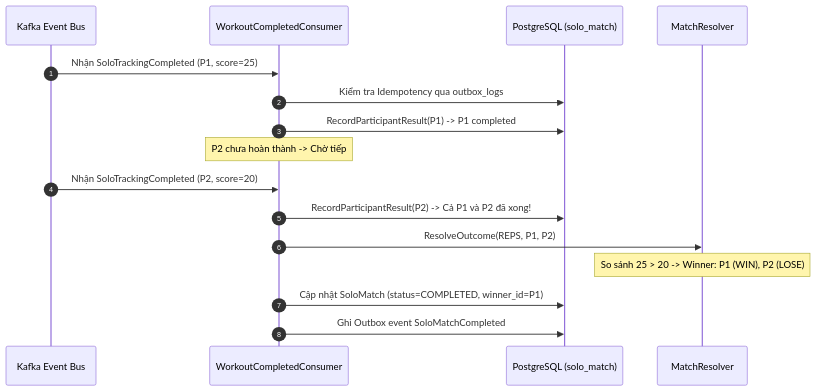
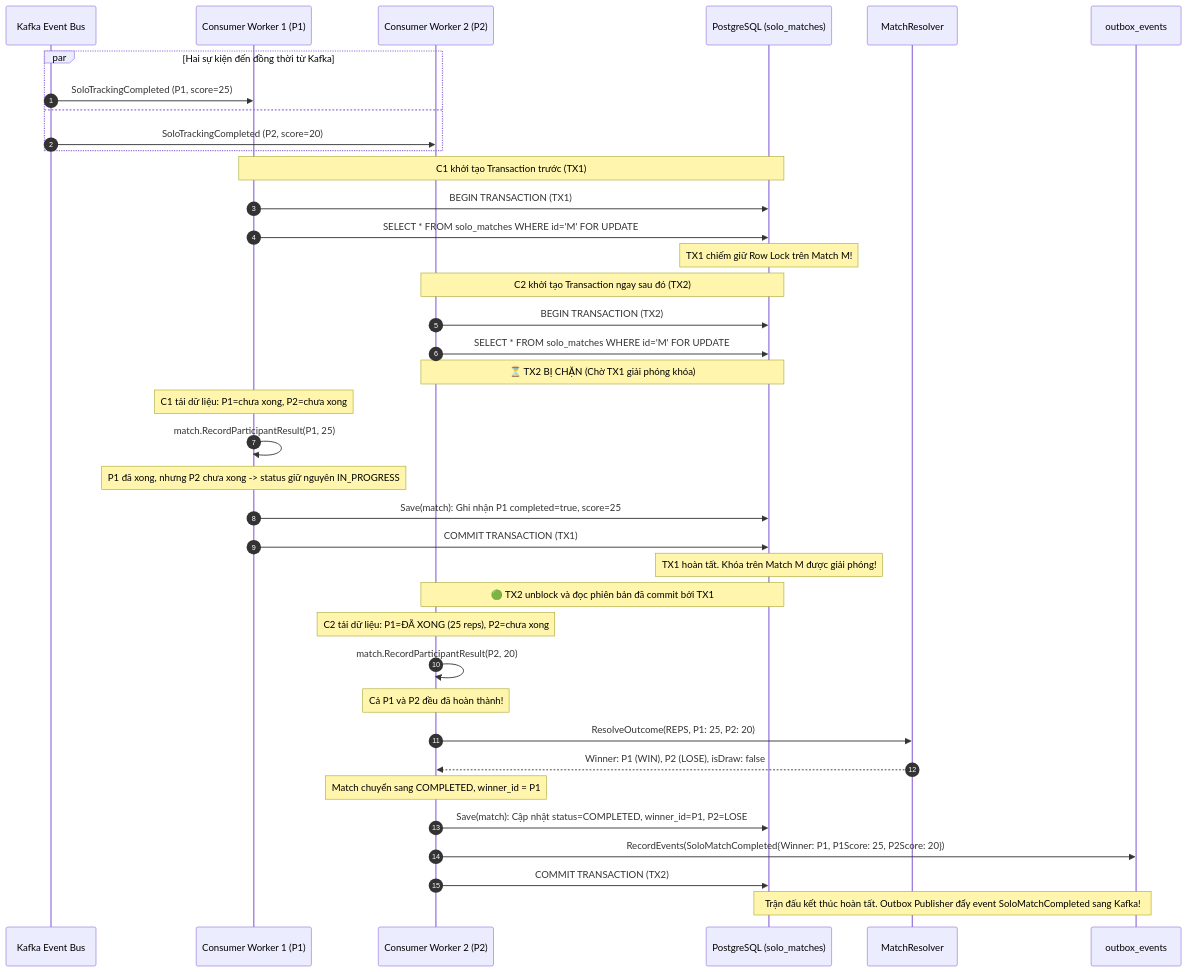
The fifth of 8 diagrams in internal/solo_match/docs/02_system_analysis/system_analysis.md (viethung213/gym-companion), drawn with Mermaid before and after one commit. The commit also changed other lines of this file and 19 other files, not shown here.

Commit message:
🐛 fix(solo_match): resolve deadlock & permanent hang on concurrent match completion [CRIT-SOLO-01] (#427)

````diff
--- a/internal/solo_match/docs/02_system_analysis/system_analysis.md
+++ b/internal/solo_match/docs/02_system_analysis/system_analysis.md
@@ -157,21 +159,48 @@
 ```mermaid
 sequenceDiagram
     autonumber
     participant Kafka as Kafka Event Bus
-    participant Consumer as WorkoutCompletedConsumer
-    participant DB as PostgreSQL (solo_match)
+    participant C1 as Consumer Worker 1 (P1)
+    participant C2 as Consumer Worker 2 (P2)
+    participant DB as PostgreSQL (solo_matches)
     participant Resolver as MatchResolver
+    participant Outbox as outbox_events
 
-    Kafka->>Consumer: Nhận SoloTrackingCompleted (P1, score=25)
-    Consumer->>DB: Kiểm tra Idempotency qua outbox_logs
-    Consumer->>DB: RecordParticipantResult(P1) -> P1 completed
-    Note over Consumer: P2 chưa hoàn thành -> Chờ tiếp
+    par Hai sự kiện đến đồng thời từ Kafka
+        Kafka->>C1: SoloTrackingCompleted (P1, score=25)
+    and
+        Kafka->>C2: SoloTrackingCompleted (P2, score=20)
+    end
 
-    Kafka->>Consumer: Nhận SoloTrackingCompleted (P2, score=20)
-    Consumer->>DB: RecordParticipantResult(P2) -> Cả P1 và P2 đã xong!
+    Note over C1,DB: C1 khởi tạo Transaction trước (TX1)
+    C1->>DB: BEGIN TRANSACTION (TX1)
+    C1->>DB: SELECT * FROM solo_matches WHERE id='M' FOR UPDATE
+    Note over DB: TX1 chiếm giữ Row Lock trên Match M!
 
-    Consumer->>Resolver: ResolveOutcome(REPS, P1, P2)
-    Note over Resolver: So sánh 25 > 20 -> Winner: P1 (WIN), P2 (LOSE)
-    Consumer->>DB: Cập nhật SoloMatch (status=COMPLETED, winner_id=P1)
-    Consumer->>DB: Ghi Outbox event SoloMatchCompleted
+    Note over C2,DB: C2 khởi tạo Transaction ngay sau đó (TX2)
+    C2->>DB: BEGIN TRANSACTION (TX2)
+    C2->>DB: SELECT * FROM solo_matches WHERE id='M' FOR UPDATE
+    Note over C2,DB: ⏳ TX2 BỊ CHẶN (Chờ TX1 giải phóng khóa)
+
+    Note over C1: C1 tải dữ liệu: P1=chưa xong, P2=chưa xong
+    C1->>C1: match.RecordParticipantResult(P1, 25)
+    Note over C1: P1 đã xong, nhưng P2 chưa xong -> status giữ nguyên IN_PROGRESS
+    C1->>DB: Save(match): Ghi nhận P1 completed=true, score=25
+    C1->>DB: COMMIT TRANSACTION (TX1)
+    Note over DB: TX1 hoàn tất. Khóa trên Match M được giải phóng!
+
+    Note over C2,DB: 🟢 TX2 unblock và đọc phiên bản đã commit bởi TX1
+    Note over C2: C2 tải dữ liệu: P1=ĐÃ XONG (25 reps), P2=chưa xong
+    C2->>C2: match.RecordParticipantResult(P2, 20)
+    Note over C2: Cả P1 và P2 đều đã hoàn thành!
+
+    C2->>Resolver: ResolveOutcome(REPS, P1: 25, P2: 20)
+    Resolver-->>C2: Winner: P1 (WIN), P2 (LOSE), isDraw: false
+    Note over C2: Match chuyển sang COMPLETED, winner_id = P1
+
+    C2->>DB: Save(match): Cập nhật status=COMPLETED, winner_id=P1, P2=LOSE
+    C2->>Outbox: RecordEvents(SoloMatchCompleted{Winner: P1, P1Score: 25, P2Score: 20})
+    C2->>DB: COMMIT TRANSACTION (TX2)
+
+    Note over DB,Outbox: Trận đấu kết thúc hoàn tất. Outbox Publisher đẩy event SoloMatchCompleted sang Kafka!
 ```
````
